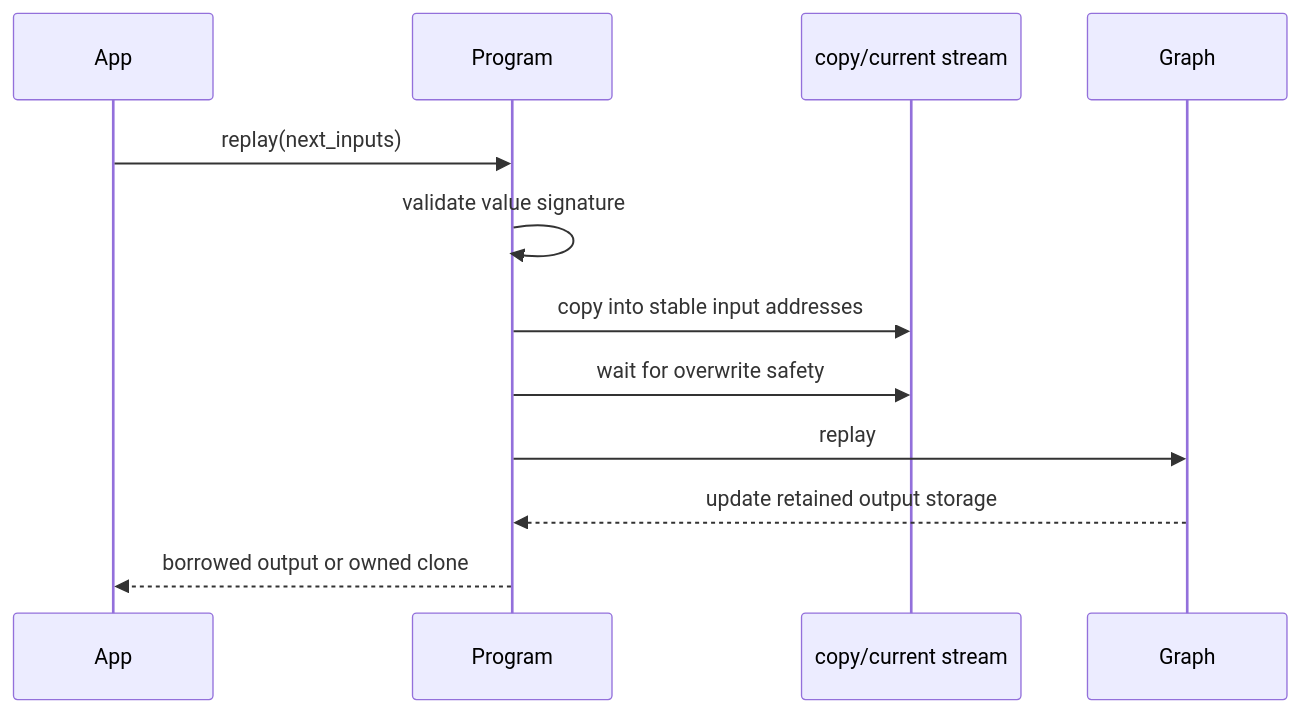
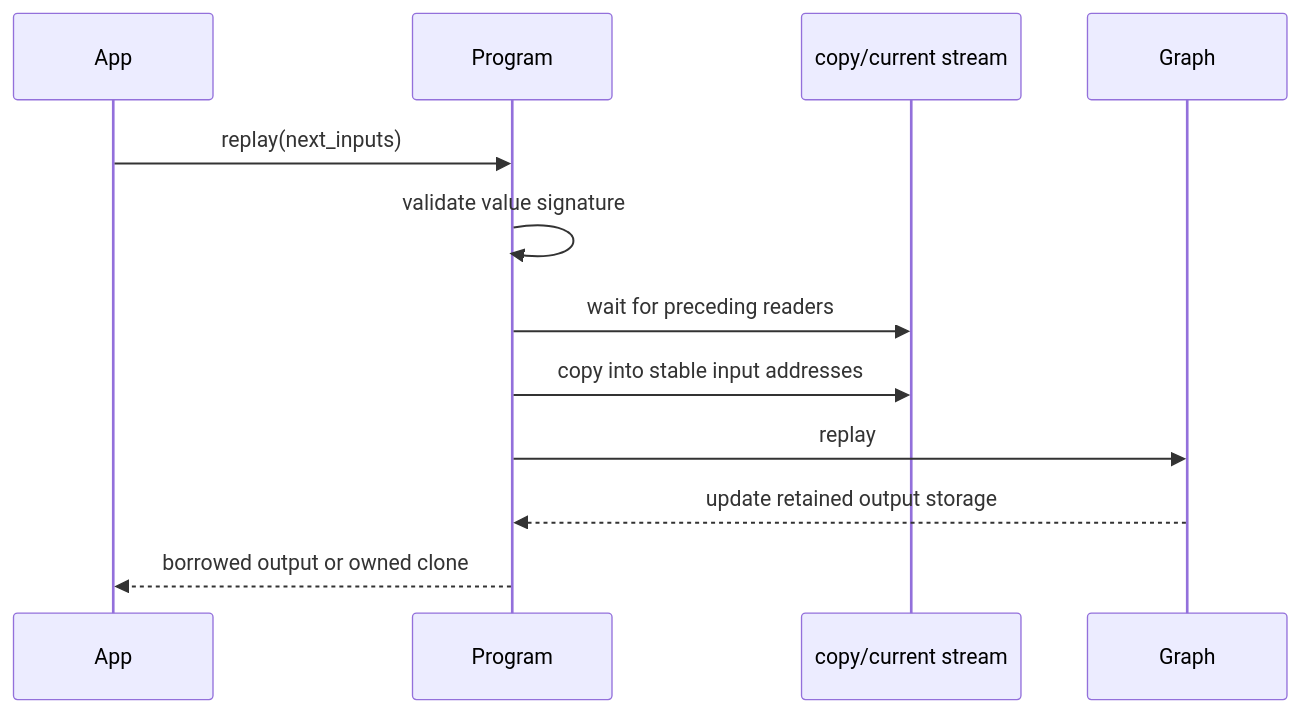
Before and after one commit to visualDust/fhelium: the third of 5 diagrams in docs/concepts/execution/cuda-graph-model.md, drawn with Mermaid. The commit also changed other lines of this file and 426 other files, not shown here.

````diff
--- a/docs/concepts/execution/cuda-graph-model.md
+++ b/docs/concepts/execution/cuda-graph-model.md
@@ -60,15 +62,15 @@
 ```mermaid
 sequenceDiagram
     participant App
     participant Program
     participant Stream as copy/current stream
     participant Graph
 
     App->>Program: replay(next_inputs)
     Program->>Program: validate value signature
+    Program->>Stream: wait for preceding readers
     Program->>Stream: copy into stable input addresses
-    Program->>Stream: wait for overwrite safety
     Program->>Graph: replay
     Graph-->>Program: update retained output storage
     Program-->>App: borrowed output or owned clone
 ```
````
